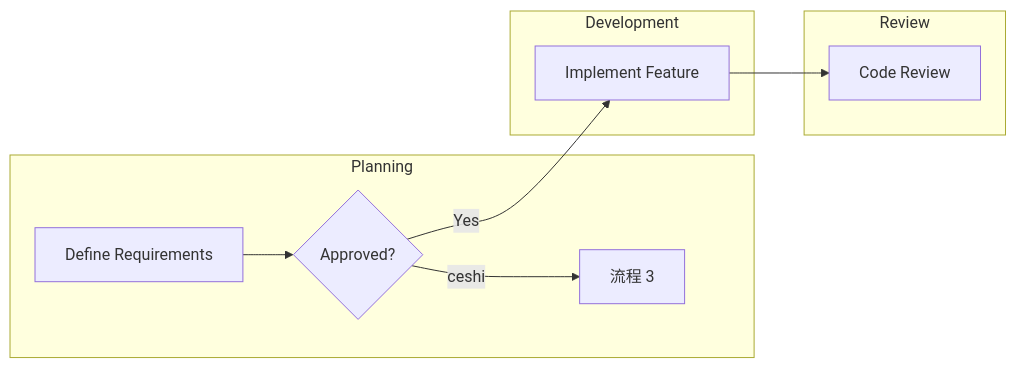
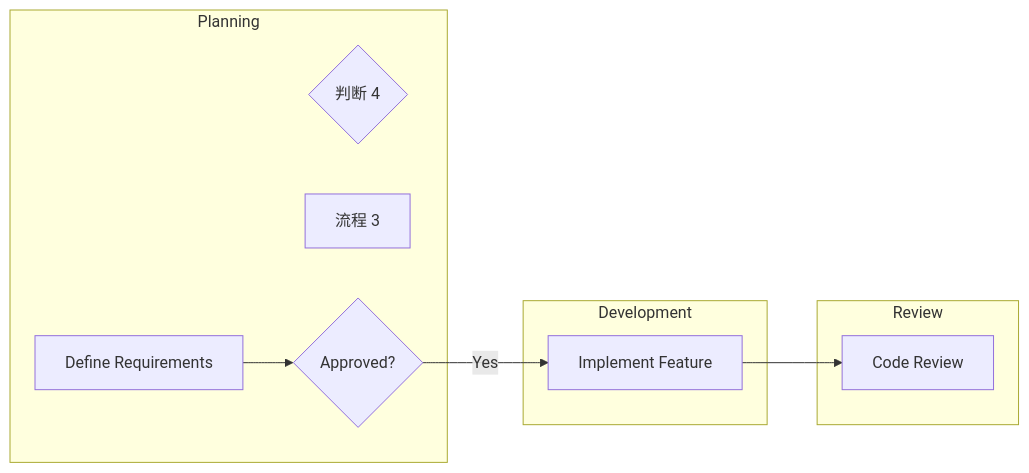
The diagram in mmd/123_b43a13b5-62f2-40f7-9953-98e98a4a432b.mmd (pingpm/mermaid_vault), drawn with Mermaid before and after one commit. The commit also changed 2 other files, not shown here.

Commit message:
Sync Mermaid Studio data (11 diagrams)

```diff
--- a/mmd/123_b43a13b5-62f2-40f7-9953-98e98a4a432b.mmd
+++ b/mmd/123_b43a13b5-62f2-40f7-9953-98e98a4a432b.mmd
@@ -1,16 +1,16 @@
 graph LR
   subgraph lane_lane_1["Planning"]
     t_task_1["Define Requirements"]
-    t_3d4d3c03_8ba1_4aec_83b1_1abf996d96d6["流程 3"]
+    t_cae9b98b_edee_45c6_9b7f_4d4b060ee35b{"判断 4"}
+    t_b9d70606_633a_46b0_a2a2_e62012ac1b8a["流程 3"]
     t_task_2{"Approved?"}
   end
   subgraph lane_lane_2["Development"]
     t_task_3["Implement Feature"]
   end
   subgraph lane_lane_3["Review"]
     t_task_4["Code Review"]
   end
   t_task_1 --> t_task_2
   t_task_2 -->|"Yes"| t_task_3
   t_task_3 --> t_task_4
-  t_task_2 -->|"ceshi"| t_3d4d3c03_8ba1_4aec_83b1_1abf996d96d6
```
